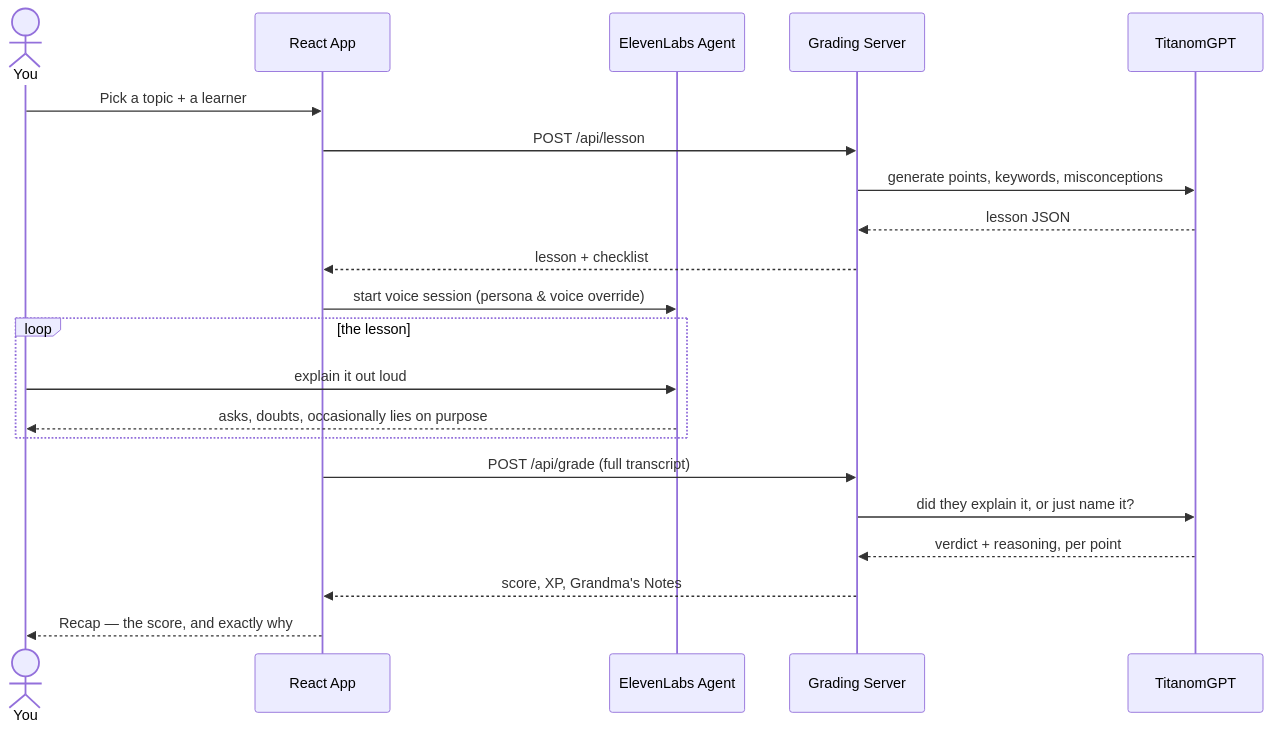
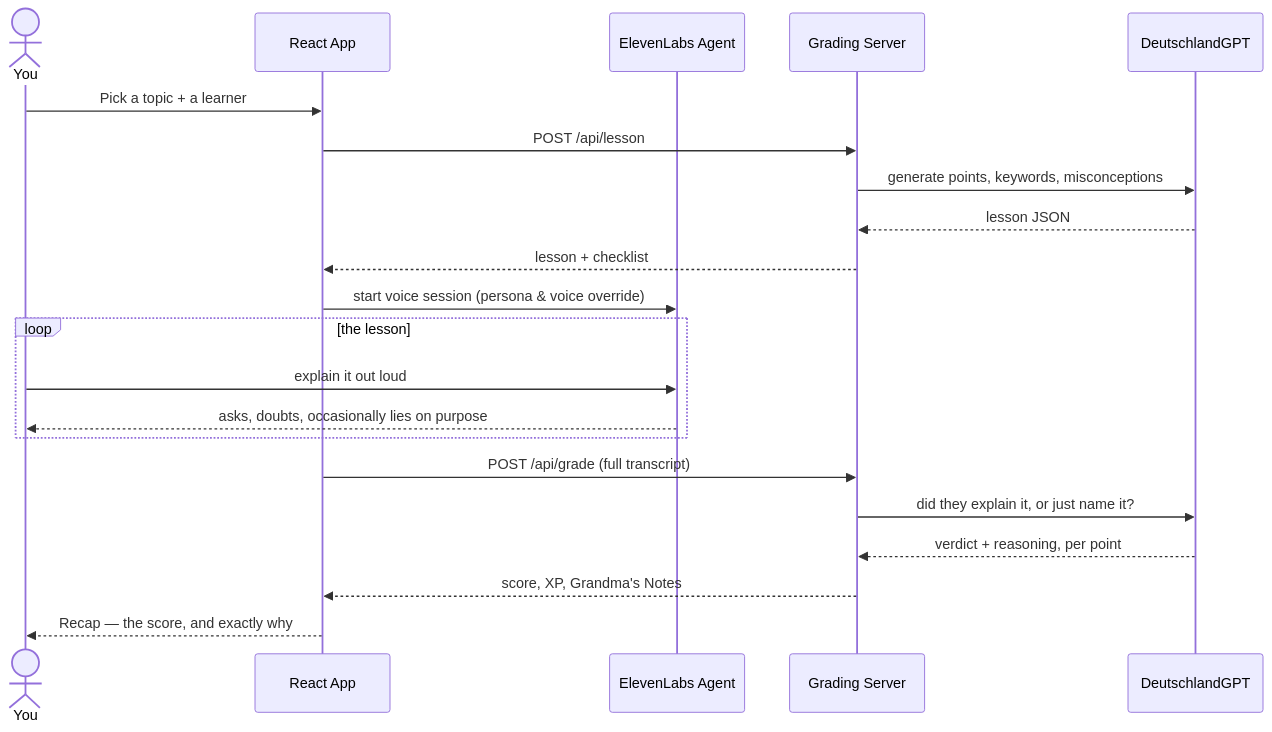
Before and after one commit to Prethe21/Teach-it-to-Grandma: the third of 3 diagrams in README.md, drawn with Mermaid. The commit also changed other lines of this file, not shown here.

Commit message:
Rebrand model provider references from TitanomGPT to DeutschlandGPT

````diff
--- a/README.md
+++ b/README.md
@@ -154,26 +154,26 @@
 ```mermaid
 sequenceDiagram
     actor You
     participant App as React App
     participant Learner as ElevenLabs Agent
     participant Server as Grading Server
-    participant AI as TitanomGPT
+    participant AI as DeutschlandGPT
 
     You->>App: Pick a topic + a learner
     App->>Server: POST /api/lesson
     Server->>AI: generate points, keywords, misconceptions
     AI-->>Server: lesson JSON
     Server-->>App: lesson + checklist
     App->>Learner: start voice session (persona & voice override)
 
     loop the lesson
         You->>Learner: explain it out loud
         Learner-->>You: asks, doubts, occasionally lies on purpose
     end
 
     App->>Server: POST /api/grade (full transcript)
     Server->>AI: did they explain it, or just name it?
     AI-->>Server: verdict + reasoning, per point
     Server-->>App: score, XP, Grandma's Notes
     App-->>You: Recap — the score, and exactly why
 ```
````
